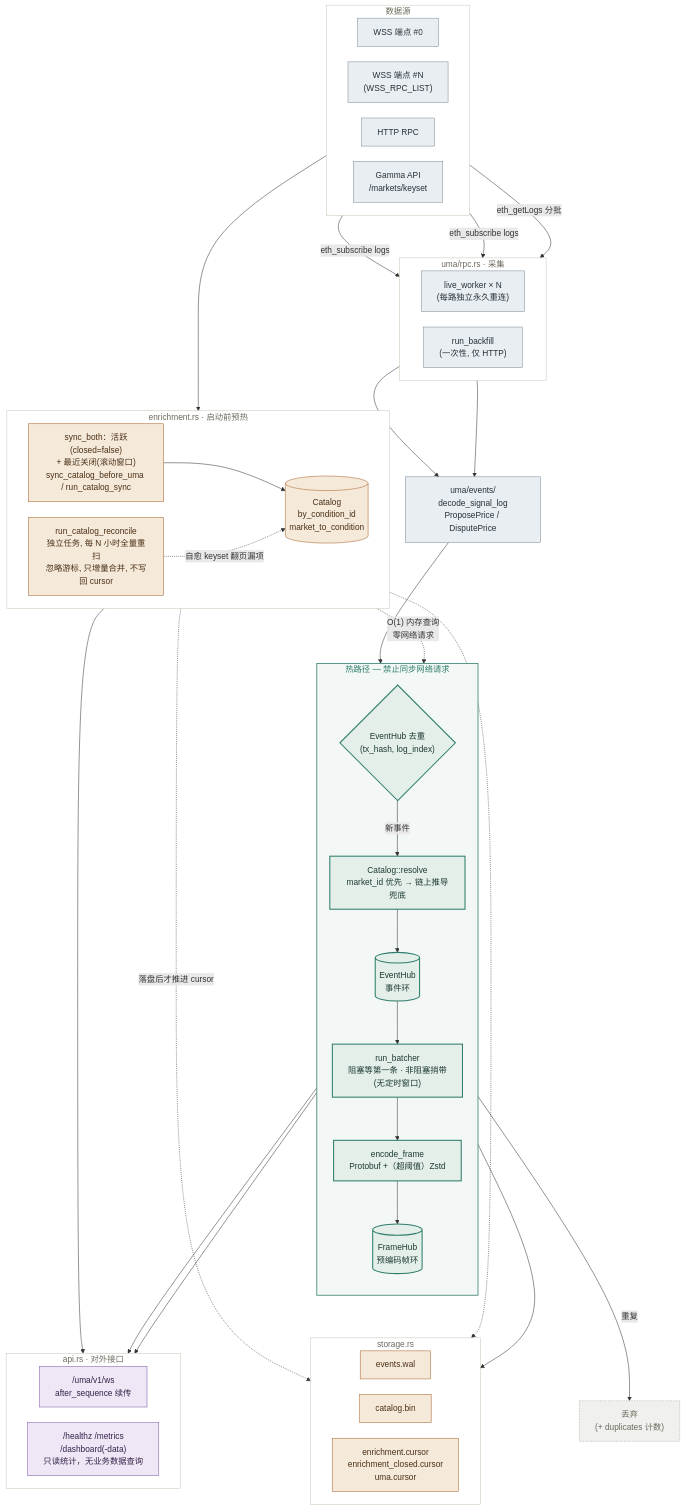
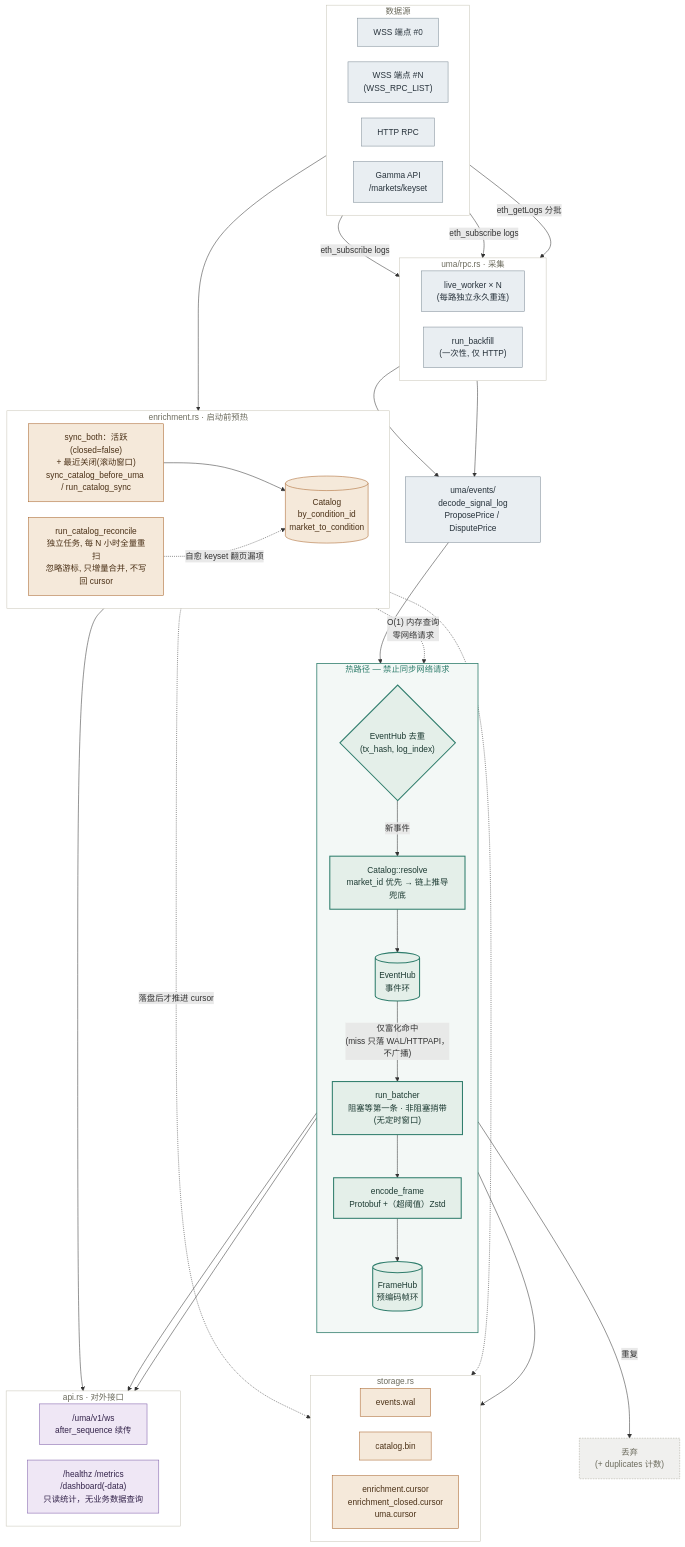
Before and after one commit to polymas/rust_uma: the first of 3 diagrams in docs/ARCHITECTURE.md, drawn with Mermaid. The commit also changed 6 other files, not shown here.

```diff
--- a/docs/ARCHITECTURE.md
+++ b/docs/ARCHITECTURE.md
@@ -38,7 +38,7 @@
         FRING[("FrameHub\n预编码帧环")]
 
         DEDUP -->|新事件| RESOLVE --> ERING
-        ERING --> BATCH --> ENC --> FRING
+        ERING -->|"仅富化命中\n(miss 只落 WAL/HTTPAPI，不广播)"| BATCH --> ENC --> FRING
     end
 
     subgraph ENRICH["enrichment.rs · 启动前预热"]
```
